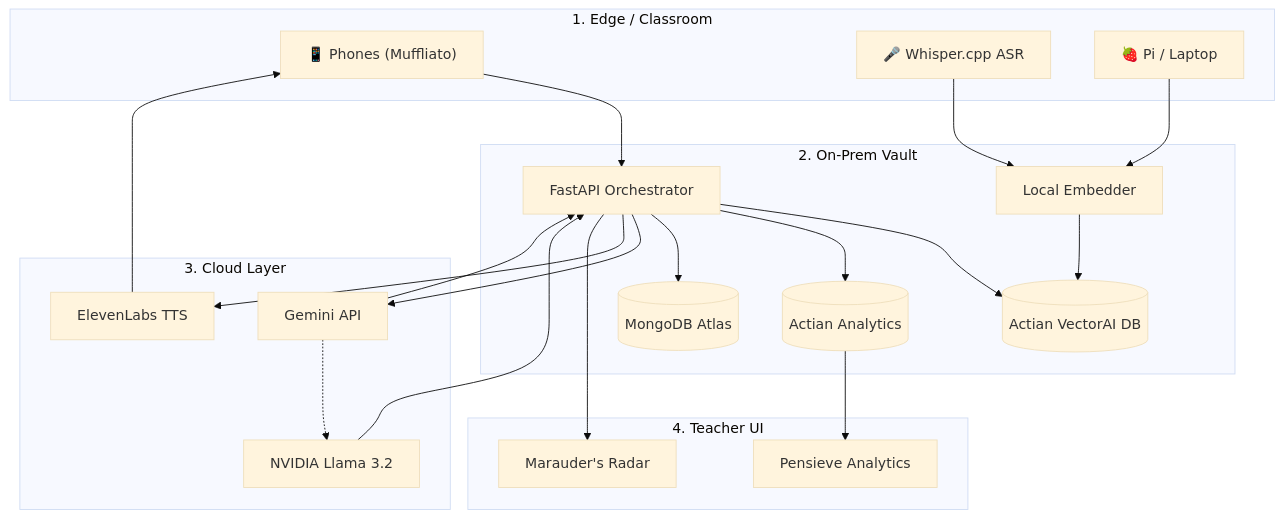
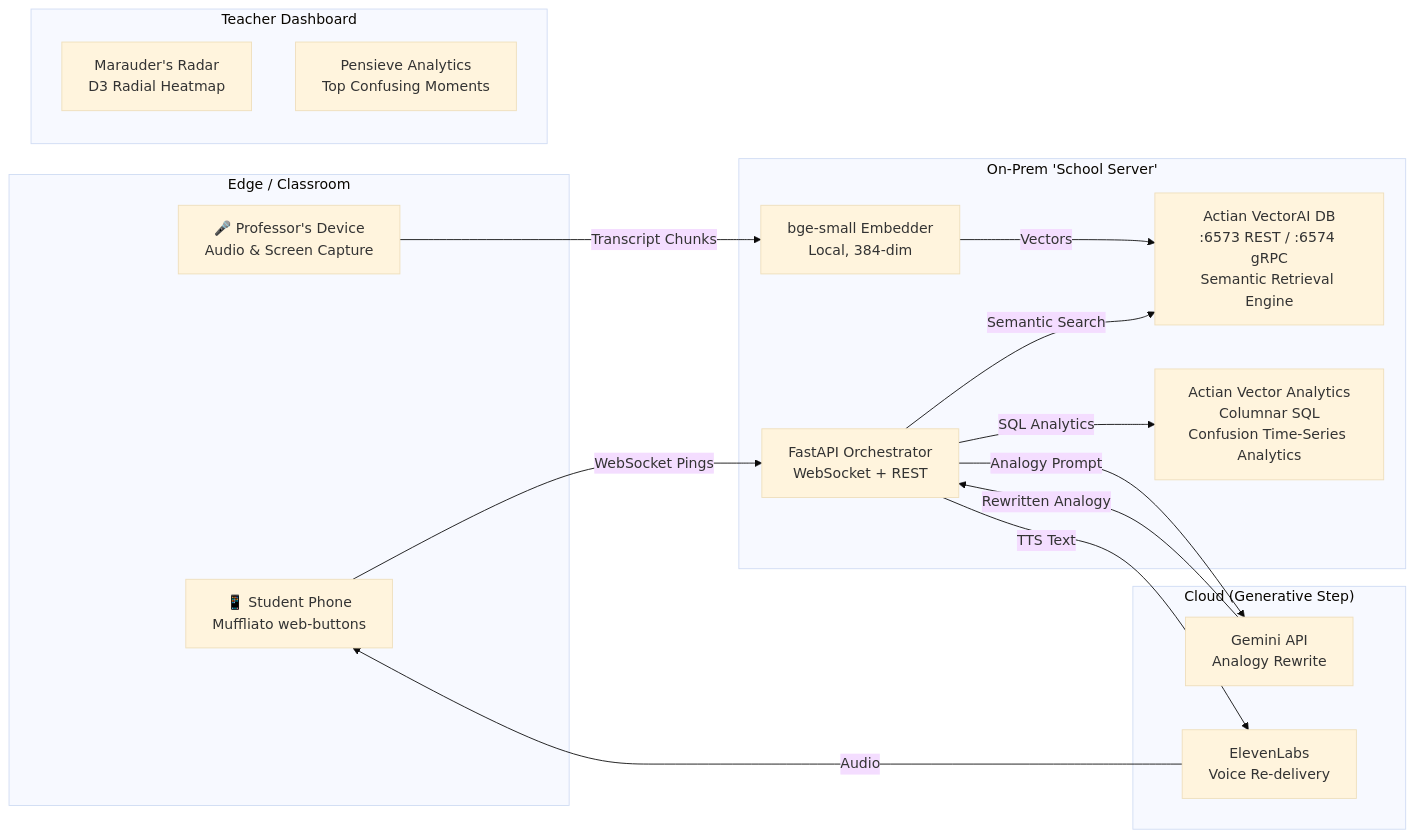
One commit to Sourodyuti/TeamTraction changed the diagram in README.md. Above: the diagram before and after it, drawn with Mermaid (base theme). The commit also changed other lines of this file and 2 other files, not shown here.

Commit message:
docs: finalize readable text, emphasize Actian VectorDB, restore Mermaid diagram, and align SVG architecture

````diff
--- a/README.md
+++ b/README.md
@@ -106,31 +129,30 @@
 ```mermaid
-flowchart TD
-  subgraph EDGE ["1. Edge / Classroom"]
-    P1["📱 Phones (Muffliato)"]
-    P2["🎤 Whisper.cpp ASR"]
-    P3["🍓 Pi / Laptop"]
+flowchart LR
+  subgraph EDGE["Edge / Classroom"]
+    P1["📱 Student Phone<br/>Muffliato web-buttons"]
+    P2["🎤 Professor's Device<br/>Audio & Screen Capture"]
   end
-  subgraph CORE ["2. On-Prem Vault"]
-    API["FastAPI Orchestrator"]
-    EMB["Local Embedder"]
-    ADB[("Actian VectorAI DB")]
-    AVEC[("Actian Analytics")]
-    MONGO[("MongoDB Atlas")]
+  subgraph CORE["On-Prem 'School Server'"]
+    ADB["Actian VectorAI DB<br/>:6573 REST / :6574 gRPC<br/>Semantic Retrieval Engine"]
+    AVEC["Actian Vector Analytics<br/>Columnar SQL<br/>Confusion Time-Series Analytics"]
+    API["FastAPI Orchestrator<br/>WebSocket + REST"]
+    EMB["bge-small Embedder<br/>Local, 384-dim"]
   end
-  subgraph CLOUD ["3. Cloud Layer"]
-    GEM["Gemini API"]
-    NVIDIA["NVIDIA Llama 3.2"]
-    ELE["ElevenLabs TTS"]
+  subgraph CLOUD["Cloud (Generative Step)"]
+    GEM["Gemini API<br/>Analogy Rewrite"]
+    ELE["ElevenLabs<br/>Voice Re-delivery"]
   end
-  subgraph UI ["4. Teacher UI"]
-    RAD["Marauder's Radar"]
-    PEN["Pensieve Analytics"]
+  subgraph UI["Teacher Dashboard"]
+    RAD["Marauder's Radar<br/>D3 Radial Heatmap"]
+    PEN["Pensieve Analytics<br/>Top Confusing Moments"]
   end
-
-  P1 --> API; P2 --> EMB; P3 --> EMB; EMB --> ADB
-  API --> ADB; API --> AVEC; API --> MONGO
-  API --> GEM -.-> NVIDIA
-  GEM --> API; NVIDIA --> API
-  API --> ELE; ELE --> P1
-  API --> RAD; AVEC --> PEN
+  P1 -- WebSocket Pings --> API
+  P2 -- Transcript Chunks --> EMB
+  EMB -- Vectors --> ADB
+  API -- Semantic Search --> ADB
+  API -- SQL Analytics --> AVEC
+  API -- Analogy Prompt --> GEM
+  GEM -- Rewritten Analogy --> API
+  API -- TTS Text --> ELE
+  ELE -- Audio --> P1
 ```
````
